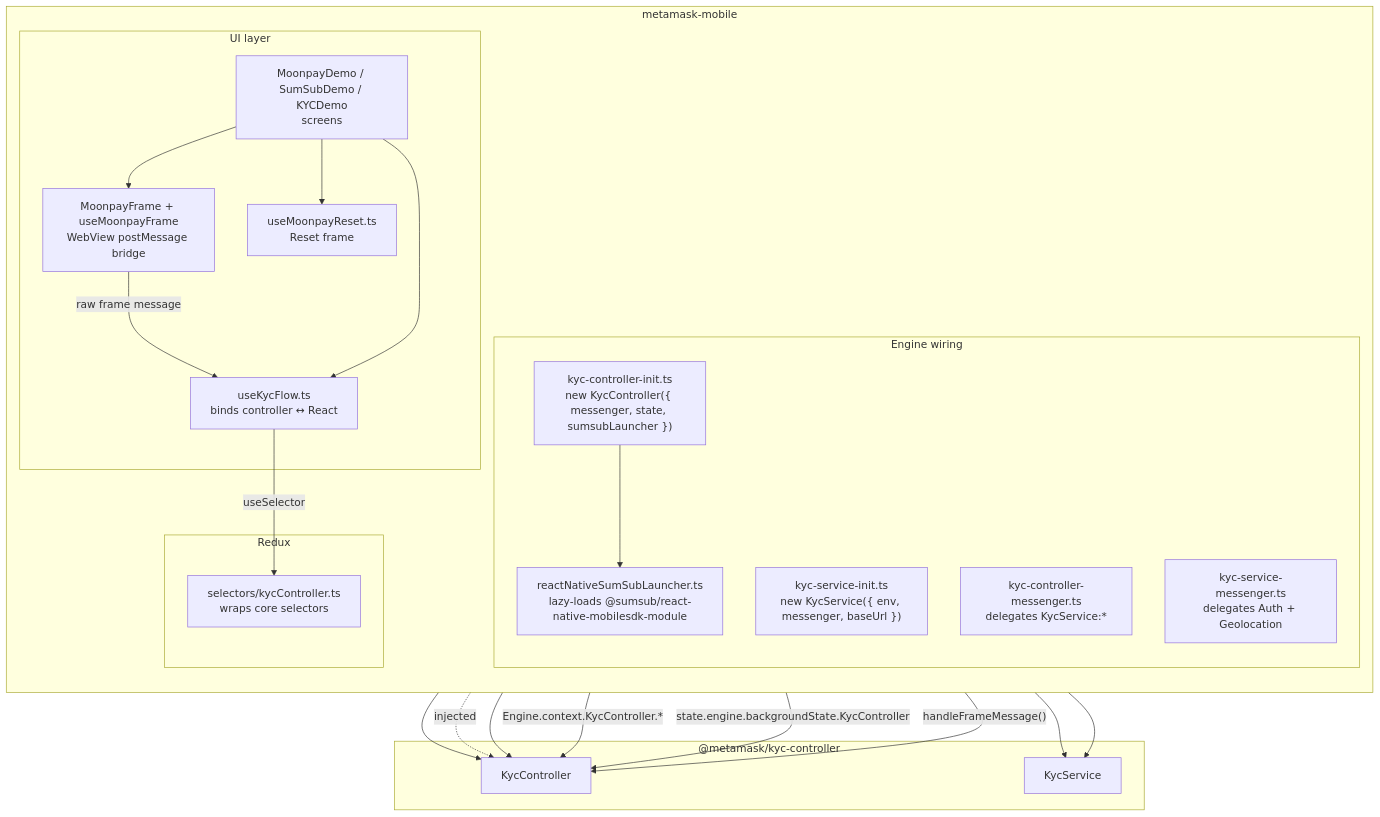
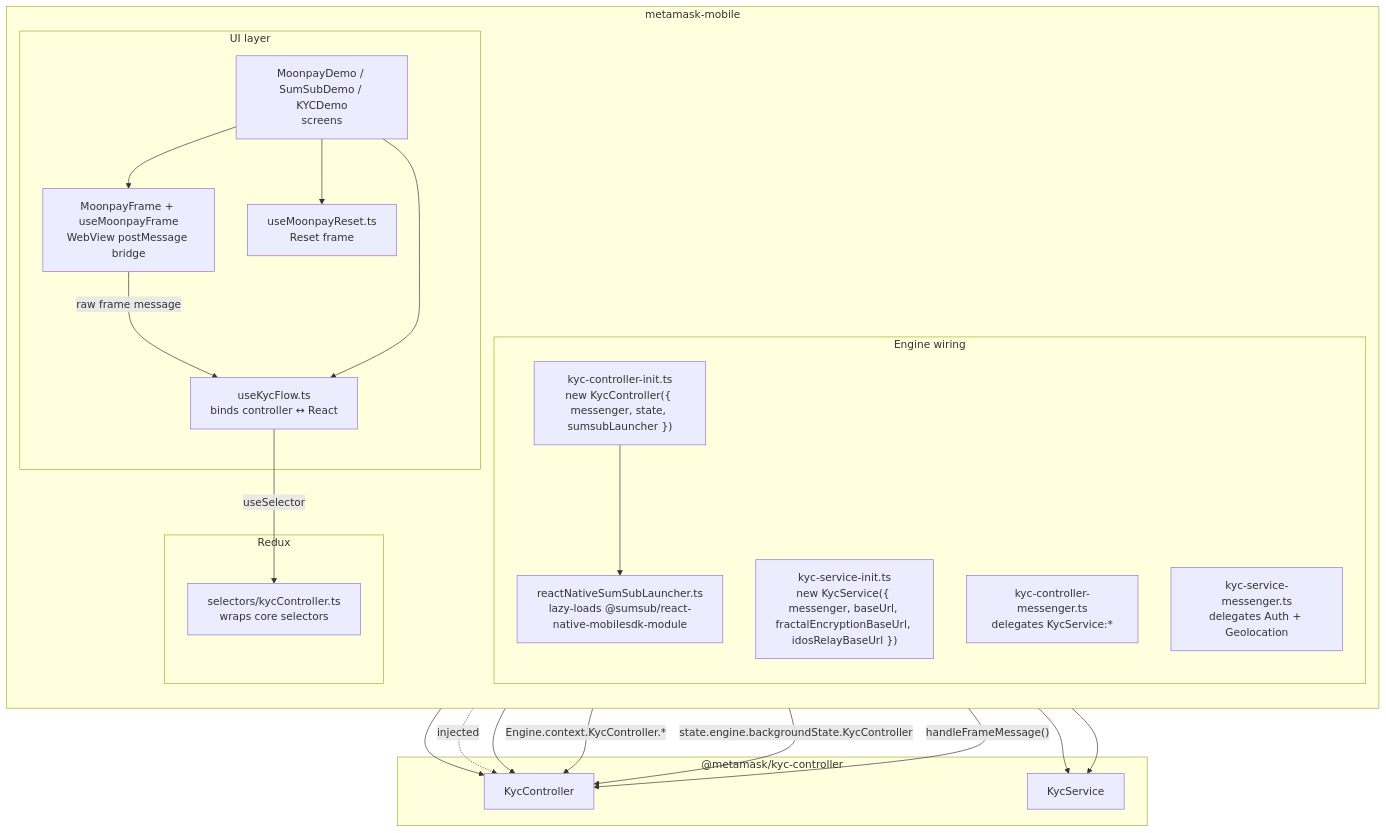
Before and after one commit to MetaMask/core: the ninth of 10 diagrams in packages/kyc-controller/ARCHITECTURE.md, drawn with Mermaid. The commit also changed other lines of this file and 10 other files, not shown here.

First line of the commit message:
feat(kyc-controller): split capability-token JWKS attestation to idOS relay

````diff
--- a/packages/kyc-controller/ARCHITECTURE.md
+++ b/packages/kyc-controller/ARCHITECTURE.md
@@ -551,43 +554,43 @@
 ```mermaid
 graph TB
     subgraph app["metamask-mobile"]
         direction TB
         subgraph engine["Engine wiring"]
             CInit["kyc-controller-init.ts<br/>new KycController({ messenger, state, sumsubLauncher })"]
-            SInit["kyc-service-init.ts<br/>new KycService({ env, messenger, baseUrl })"]
+            SInit["kyc-service-init.ts<br/>new KycService({ messenger, baseUrl, fractalEncryptionBaseUrl, idosRelayBaseUrl })"]
             CMsgr["kyc-controller-messenger.ts<br/>delegates KycService:*"]
             SMsgr["kyc-service-messenger.ts<br/>delegates Auth + Geolocation"]
             Launcher["reactNativeSumSubLauncher.ts<br/>lazy-loads @sumsub/react-native-mobilesdk-module"]
         end
         subgraph ui["UI layer"]
             Hook["useKycFlow.ts<br/>binds controller ↔ React"]
             Frame["MoonpayFrame + useMoonpayFrame<br/>WebView postMessage bridge"]
             Reset["useMoonpayReset.ts<br/>Reset frame"]
             Demo["MoonpayDemo / SumSubDemo / KYCDemo<br/>screens"]
         end
         subgraph redux["Redux"]
             Sel["selectors/kycController.ts<br/>wraps core selectors"]
         end
     end
 
     subgraph core["@metamask/kyc-controller"]
         KC["KycController"]
         KS["KycService"]
     end
 
     CInit --> KC
     SInit --> KS
     CInit --> Launcher
     Launcher -. injected .-> KC
     CMsgr --> KC
     SMsgr --> KS
 
     Hook -->|"Engine.context.KycController.*"| KC
     Hook -->|"useSelector"| Sel
     Sel -->|"state.engine.backgroundState.KycController"| KC
     Frame -->|"raw frame message"| Hook
     Hook -->|"handleFrameMessage()"| KC
     Demo --> Hook
     Demo --> Frame
     Demo --> Reset
 ```
````
